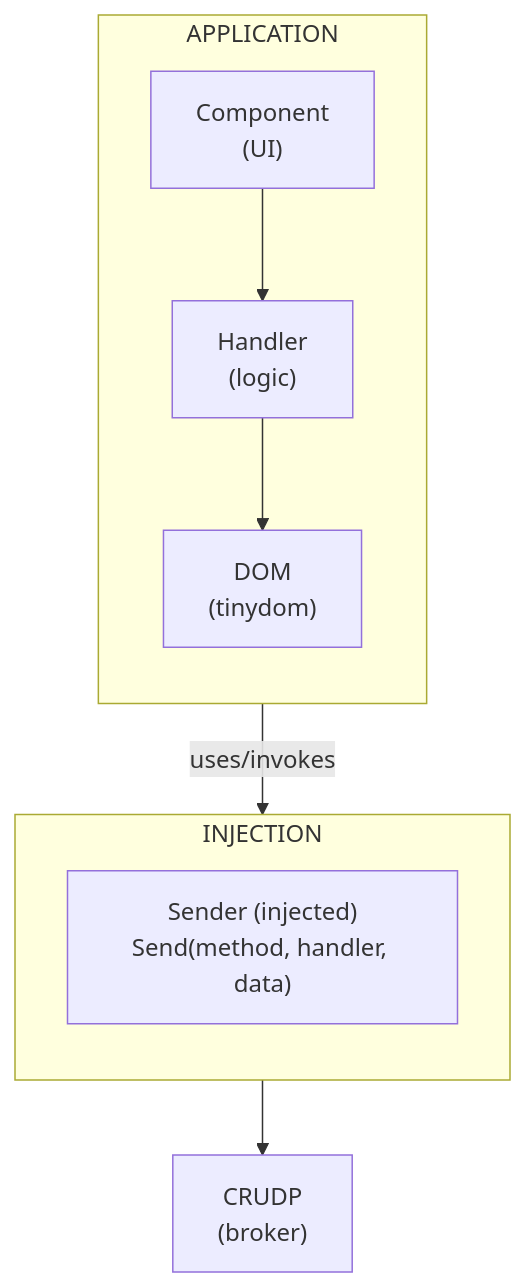
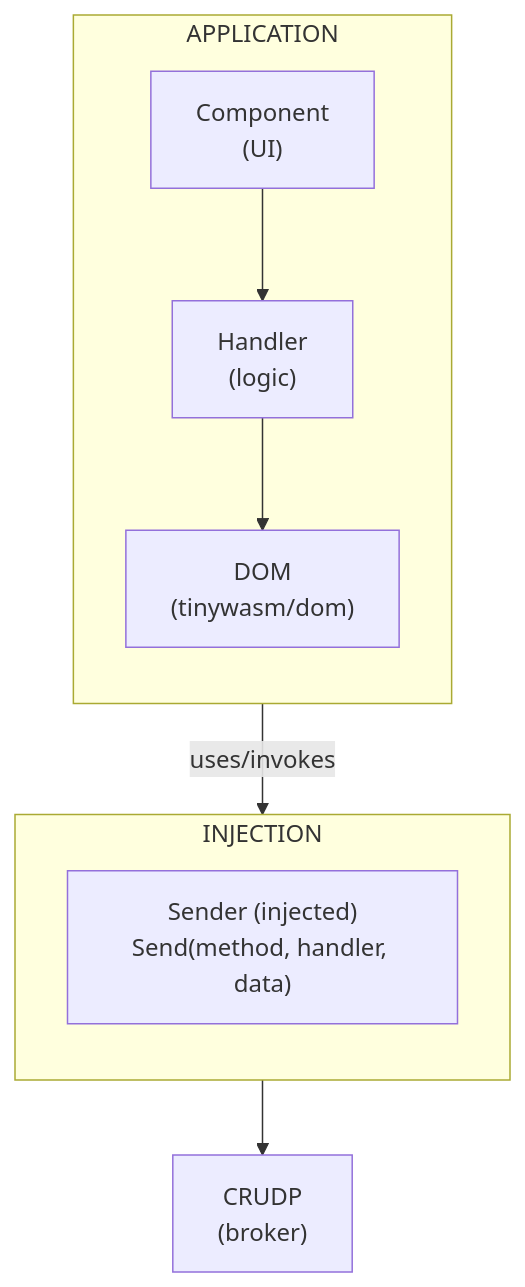
One commit to tinywasm/dom changed the diagram in docs/ROADMAP.md. Above: the diagram before and after it, drawn with Mermaid. The commit also changed 16 other files, not shown here.

Commit message:
refactor: rename project to tinywasm/dom, update tinywasm/fmt dependency and documentation, and remove test script.

````diff
--- a/docs/ROADMAP.md
+++ b/docs/ROADMAP.md
@@ -21,16 +21,16 @@
 ```mermaid
 flowchart TD
     subgraph APPLICATION["APPLICATION"]
         direction TB
         Component["Component\n(UI)"] --> Handler["Handler\n(logic)"]
-        Handler --> DOM["DOM\n(tinydom)"]
+        Handler --> DOM["DOM\n(tinywasm/dom)"]
     end
 
     subgraph INJECTION["INJECTION"]
         direction TB
         DOM -->|"uses/invokes"| Sender["Sender (injected)\nSend(method, handler, data)"]
     end
 
     Sender --> CRUDP["CRUDP\n(broker)"]
 
 ```
````
